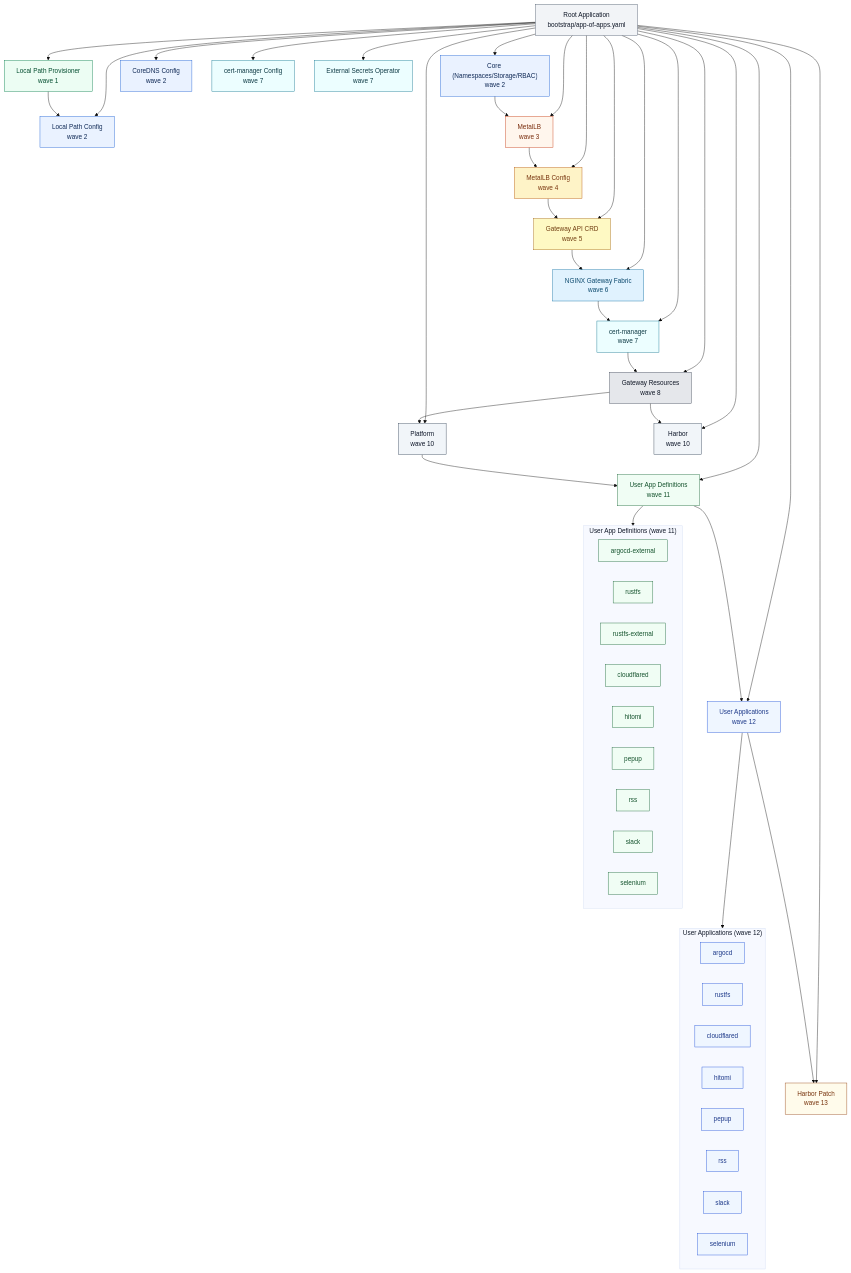
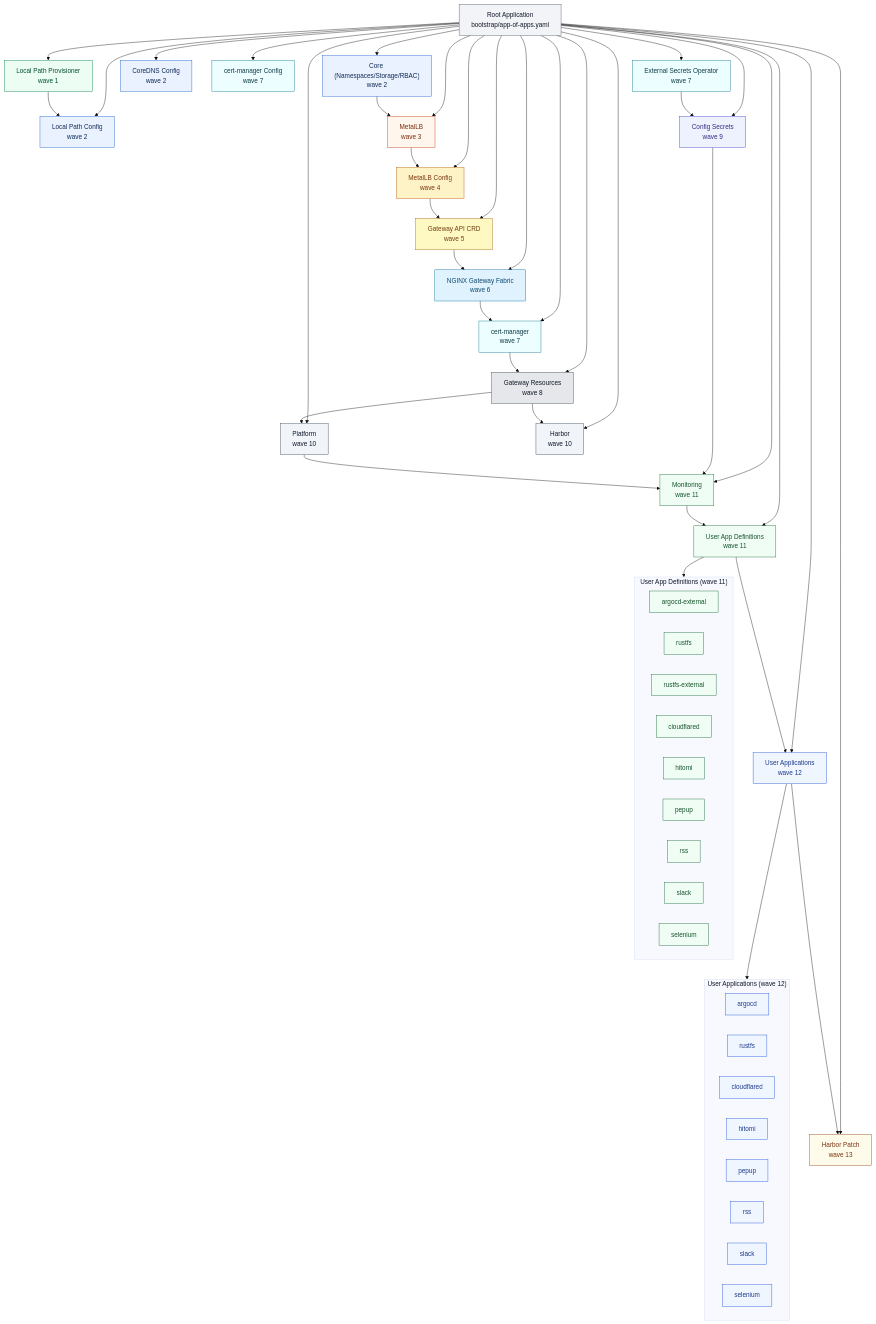
Before and after one commit to ksera524/k8s_myHome: the diagram in docs/diagrams/app-of-apps-sync-wave.md, drawn with Mermaid (base theme). The commit also changed other lines of this file and 8 other files, not shown here.

```diff
--- a/docs/diagrams/app-of-apps-sync-wave.md
+++ b/docs/diagrams/app-of-apps-sync-wave.md
@@ -22,8 +22,10 @@
   certcfg["cert-manager Config\nwave 7"]:::wave7
   eso["External Secrets Operator\nwave 7"]:::wave7
   gwRes["Gateway Resources\nwave 8"]:::wave8
+  cfgSecrets["Config Secrets\nwave 9"]:::wave9
   platform["Platform\nwave 10"]:::wave10
   harbor["Harbor\nwave 10"]:::wave10
+  monitoring["Monitoring\nwave 11"]:::wave11
   userDefs["User App Definitions\nwave 11"]:::wave11
   userApps["User Applications\nwave 12"]:::wave12
   harborPatch["Harbor Patch\nwave 13"]:::wave13
@@ -40,8 +42,10 @@
   root --> certcfg
   root --> eso
   root --> gwRes
+  root --> cfgSecrets
   root --> platform
   root --> harbor
+  root --> monitoring
   root --> userDefs
   root --> userApps
   root --> harborPatch
@@ -53,9 +57,12 @@
   gwApi --> ngf
   ngf --> certmgr
   certmgr --> gwRes
+  eso --> cfgSecrets
+  cfgSecrets --> monitoring
   gwRes --> platform
   gwRes --> harbor
-  platform --> userDefs
+  platform --> monitoring
+  monitoring --> userDefs
   userDefs --> userApps
   userApps --> harborPatch
 
@@ -95,6 +102,7 @@
   classDef wave6 fill:#e0f2fe,stroke:#0369a1,stroke-width:1px,color:#0c4a6e
   classDef wave7 fill:#ecfeff,stroke:#0e7490,stroke-width:1px,color:#0e3a45
   classDef wave8 fill:#e5e7eb,stroke:#374151,stroke-width:1px,color:#111827
+  classDef wave9 fill:#eef2ff,stroke:#4338ca,stroke-width:1px,color:#312e81
   classDef wave10 fill:#f1f5f9,stroke:#334155,stroke-width:1px,color:#0f172a
   classDef wave11 fill:#f0fdf4,stroke:#166534,stroke-width:1px,color:#14532d
   classDef wave12 fill:#eff6ff,stroke:#1d4ed8,stroke-width:1px,color:#1e3a8a
```
